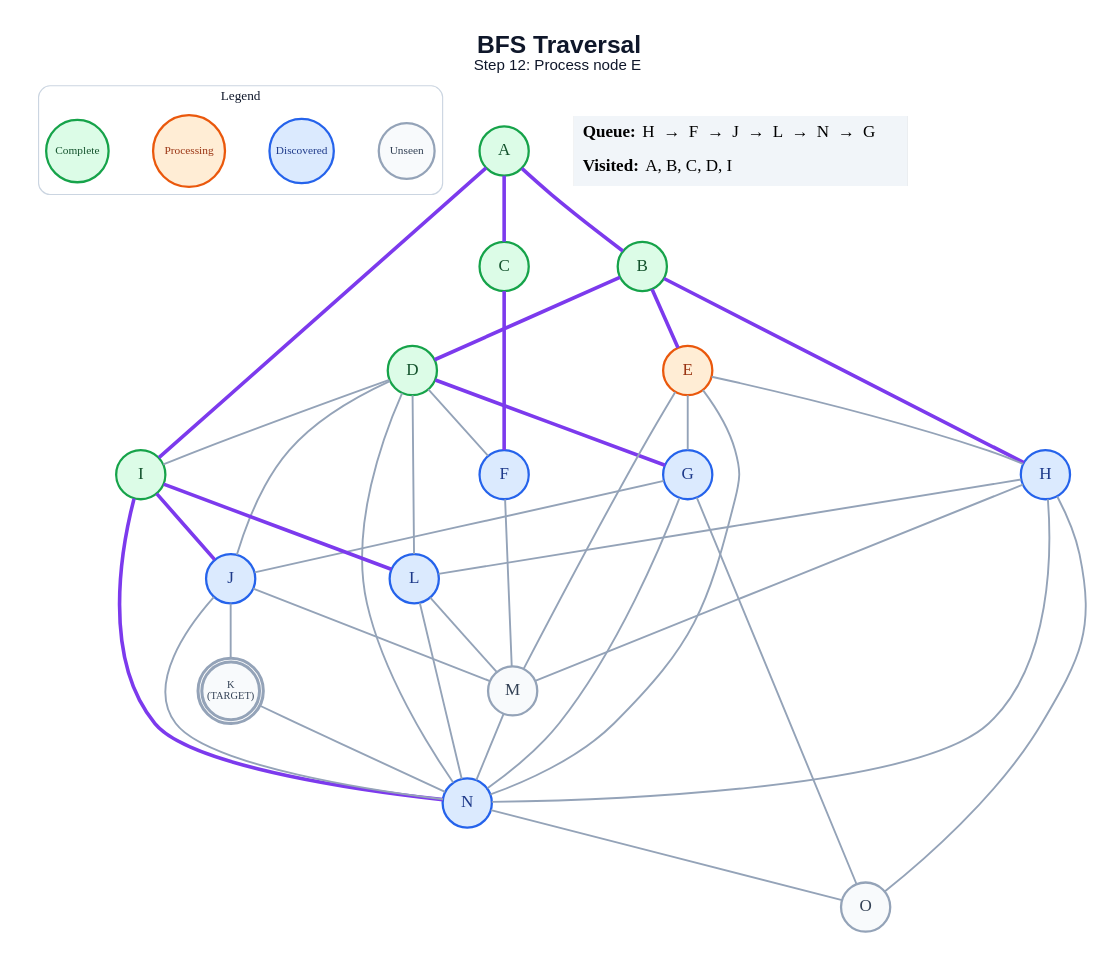
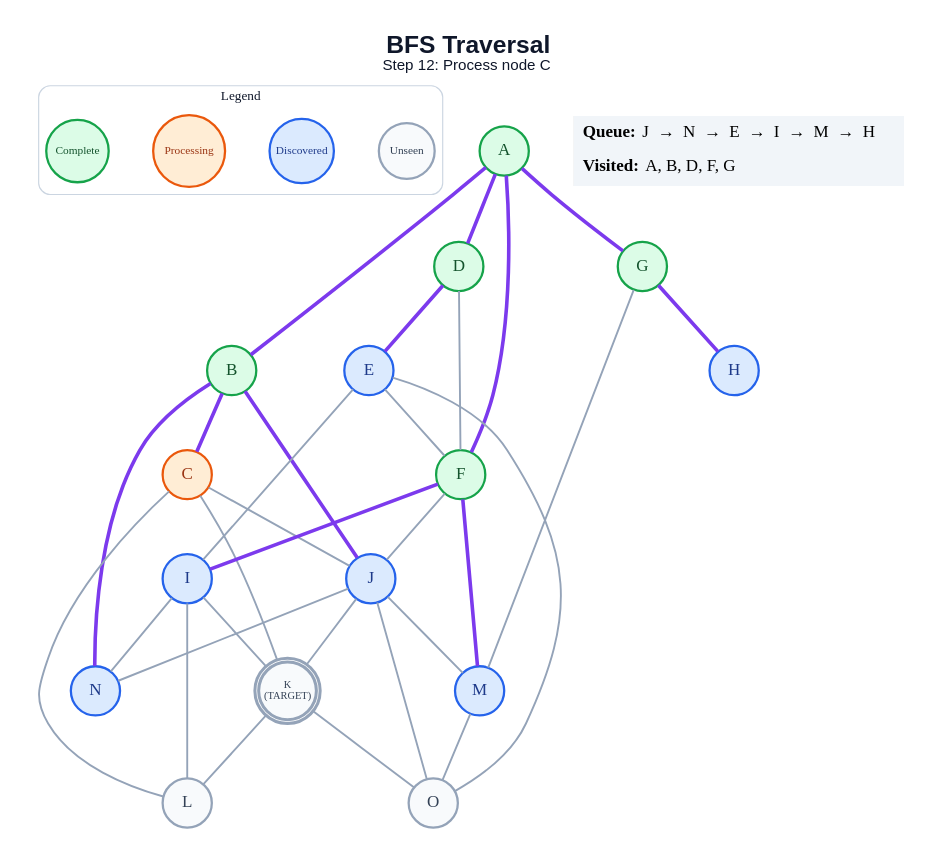
The diagram in generated/bfs/step_12.dot (anon7238593-create/ai-slop), drawn with Graphviz before and after one commit. The commit also changed 301 other files, not shown here.

```diff
--- a/generated/bfs/step_12.dot
+++ b/generated/bfs/step_12.dot
@@ -1,70 +1,64 @@
 graph traversal {
   graph [layout=dot, rankdir=TB, bgcolor="#FFFFFF", pad="0.35", nodesep="0.65", ranksep="0.8", fontname="Arial"];
   node [shape=circle, style="filled", fontname="Arial Bold", fontsize=18, width=0.72, fixedsize=true, penwidth=2.4];
   edge [color="#94A3B8", penwidth=2.0];
-  label=<<B>BFS Traversal</B><BR/><FONT POINT-SIZE="16">Step 12: Process node E</FONT>>; labelloc="t"; fontsize=26; fontname="Arial"; fontcolor="#0F172A";
+  label=<<B>BFS Traversal</B><BR/><FONT POINT-SIZE="16">Step 12: Process node C</FONT>>; labelloc="t"; fontsize=26; fontname="Arial"; fontcolor="#0F172A";
   subgraph cluster_legend { label="Legend"; color="#CBD5E1"; penwidth=1.2; style="rounded"; fontsize=14; fontname="Arial Bold";
     key_unseen [label="Unseen", fillcolor="#F8FAFC", color="#94A3B8", fontcolor="#334155", fontsize=12, width=0.82];
     key_frontier [label="Discovered", fillcolor="#DBEAFE", color="#2563EB", fontcolor="#1E3A8A", fontsize=12, width=0.95];
     key_current [label="Processing", fillcolor="#FFEDD5", color="#EA580C", fontcolor="#9A3412", fontsize=12, width=1.05];
     key_done [label="Complete", fillcolor="#DCFCE7", color="#16A34A", fontcolor="#14532D", fontsize=12, width=0.92];
     { rank=same; key_unseen; key_frontier; key_current; key_done; }
   }
   A [label="A", fillcolor="#DCFCE7", color="#16A34A", fontcolor="#14532D", peripheries=1, penwidth=2.4];
   B [label="B", fillcolor="#DCFCE7", color="#16A34A", fontcolor="#14532D", peripheries=1, penwidth=2.4];
-  C [label="C", fillcolor="#DCFCE7", color="#16A34A", fontcolor="#14532D", peripheries=1, penwidth=2.4];
+  C [label="C", fillcolor="#FFEDD5", color="#EA580C", fontcolor="#9A3412", peripheries=1, penwidth=2.4];
   D [label="D", fillcolor="#DCFCE7", color="#16A34A", fontcolor="#14532D", peripheries=1, penwidth=2.4];
-  E [label="E", fillcolor="#FFEDD5", color="#EA580C", fontcolor="#9A3412", peripheries=1, penwidth=2.4];
-  F [label="F", fillcolor="#DBEAFE", color="#2563EB", fontcolor="#1E3A8A", peripheries=1, penwidth=2.4];
-  G [label="G", fillcolor="#DBEAFE", color="#2563EB", fontcolor="#1E3A8A", peripheries=1, penwidth=2.4];
+  E [label="E", fillcolor="#DBEAFE", color="#2563EB", fontcolor="#1E3A8A", peripheries=1, penwidth=2.4];
+  F [label="F", fillcolor="#DCFCE7", color="#16A34A", fontcolor="#14532D", peripheries=1, penwidth=2.4];
+  G [label="G", fillcolor="#DCFCE7", color="#16A34A", fontcolor="#14532D", peripheries=1, penwidth=2.4];
   H [label="H", fillcolor="#DBEAFE", color="#2563EB", fontcolor="#1E3A8A", peripheries=1, penwidth=2.4];
-  I [label="I", fillcolor="#DCFCE7", color="#16A34A", fontcolor="#14532D", peripheries=1, penwidth=2.4];
+  I [label="I", fillcolor="#DBEAFE", color="#2563EB", fontcolor="#1E3A8A", peripheries=1, penwidth=2.4];
   J [label="J", fillcolor="#DBEAFE", color="#2563EB", fontcolor="#1E3A8A", peripheries=1, penwidth=2.4];
   K [label="K\n(TARGET)", fillcolor="#F8FAFC", color="#94A3B8", fontcolor="#334155", peripheries=2, penwidth=3.2, fontsize=11, width=0.85, height=0.85];
-  L [label="L", fillcolor="#DBEAFE", color="#2563EB", fontcolor="#1E3A8A", peripheries=1, penwidth=2.4];
-  M [label="M", fillcolor="#F8FAFC", color="#94A3B8", fontcolor="#334155", peripheries=1, penwidth=2.4];
+  L [label="L", fillcolor="#F8FAFC", color="#94A3B8", fontcolor="#334155", peripheries=1, penwidth=2.4];
+  M [label="M", fillcolor="#DBEAFE", color="#2563EB", fontcolor="#1E3A8A", peripheries=1, penwidth=2.4];
   N [label="N", fillcolor="#DBEAFE", color="#2563EB", fontcolor="#1E3A8A", peripheries=1, penwidth=2.4];
   O [label="O", fillcolor="#F8FAFC", color="#94A3B8", fontcolor="#334155", peripheries=1, penwidth=2.4];
   A -- B [color="#7C3AED", penwidth=3.8];
-  A -- C [color="#7C3AED", penwidth=3.8];
-  A -- I [color="#7C3AED", penwidth=3.8];
-  B -- D [color="#7C3AED", penwidth=3.8];
-  B -- E [color="#7C3AED", penwidth=3.8];
-  B -- H [color="#7C3AED", penwidth=3.8];
-  C -- F [color="#7C3AED", penwidth=3.8];
+  A -- D [color="#7C3AED", penwidth=3.8];
+  A -- F [color="#7C3AED", penwidth=3.8];
+  A -- G [color="#7C3AED", penwidth=3.8];
+  B -- C [color="#7C3AED", penwidth=3.8];
+  B -- J [color="#7C3AED", penwidth=3.8];
+  B -- N [color="#7C3AED", penwidth=3.8];
+  C -- J;
+  C -- K;
+  C -- L;
+  D -- E [color="#7C3AED", penwidth=3.8];
   D -- F;
-  D -- G [color="#7C3AED", penwidth=3.8];
-  D -- I;
-  D -- J;
-  D -- L;
-  D -- N;
-  E -- G;
-  E -- H;
-  E -- M;
-  E -- N;
-  F -- M;
-  G -- J;
-  G -- N;
-  G -- O;
-  H -- L;
-  H -- M;
-  H -- N;
-  H -- O;
-  I -- J [color="#7C3AED", penwidth=3.8];
-  I -- L [color="#7C3AED", penwidth=3.8];
-  I -- N [color="#7C3AED", penwidth=3.8];
+  E -- F;
+  E -- I;
+  E -- O;
+  F -- I [color="#7C3AED", penwidth=3.8];
+  F -- J;
+  F -- M [color="#7C3AED", penwidth=3.8];
+  G -- H [color="#7C3AED", penwidth=3.8];
+  G -- M;
+  I -- K;
+  I -- L;
+  I -- N;
   J -- K;
   J -- M;
   J -- N;
-  K -- N;
-  L -- M;
-  L -- N;
-  M -- N;
-  N -- O;
+  J -- O;
+  K -- L;
+  K -- O;
+  M -- O;
   status [shape=plain, fixedsize=false, width=0, height=0, margin=0, label=<
     <TABLE BORDER="0" CELLBORDER="0" CELLPADDING="7" BGCOLOR="#F1F5F9">
-      <TR><TD ALIGN="LEFT"><B>Queue:</B> H  →  F  →  J  →  L  →  N  →  G</TD></TR>
-      <TR><TD ALIGN="LEFT"><B>Visited:</B> A, B, C, D, I</TD></TR>
+      <TR><TD ALIGN="LEFT"><B>Queue:</B> J  →  N  →  E  →  I  →  M  →  H</TD></TR>
+      <TR><TD ALIGN="LEFT"><B>Visited:</B> A, B, D, F, G</TD></TR>
     </TABLE>
   >];
 }
```
